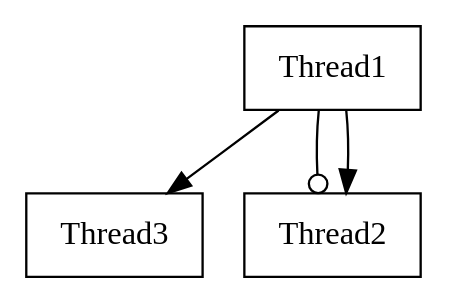
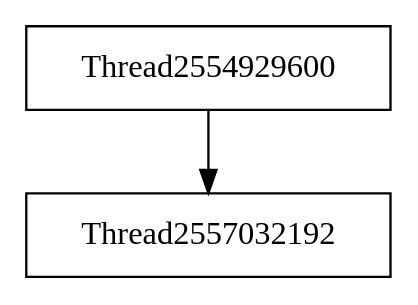
Before and after one commit to v4o6/cs410: the diagram in view/dot/graph003.dot, drawn with Graphviz. The commit also changed 214 other files, not shown here.

Commit message:
Switched parser.pl to parse libthreadtrace.log instead of temp log file. Changed graphviz output from PNG to SVG to get rid of pixelation.

```diff
--- a/view/dot/graph003.dot
+++ b/view/dot/graph003.dot
@@ -1,9 +1,6 @@
 digraph G {
-graph[center=1];
-Thread3 [shape=box,color=black];
-Thread1 [shape=box,color=black];
-Thread1 -> Thread2 [arrowhead=odot];
-Thread1 -> Thread3 [arrowhead=normal];
-Thread1 -> Thread2 [arrowhead=normal];
-Thread2 [shape=box,color=black];
+graph[center=true];
+Thread2554929600 [shape=box,color=black];
+Thread2554929600 -> Thread2557032192 [arrowhead=normal];
+Thread2557032192 [shape=box,color=black];
 }
```
